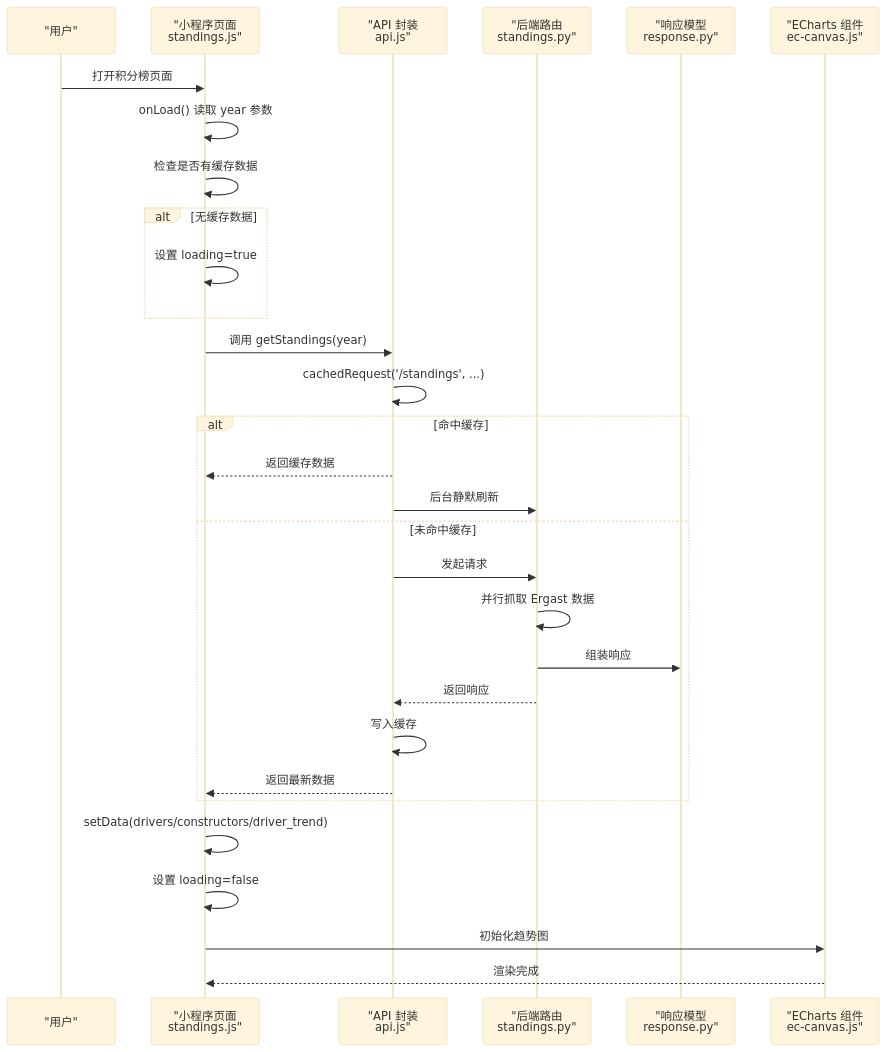
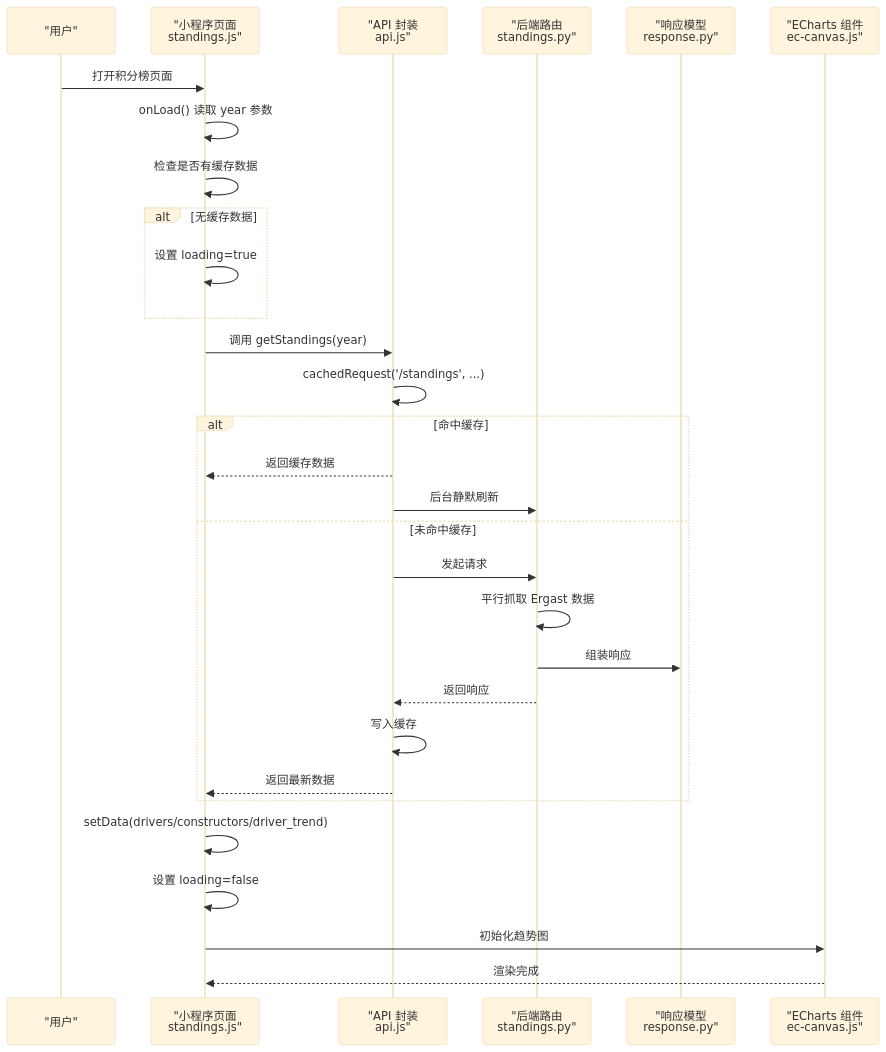
One commit to jianai0330/Fast-F1 changed the second of 10 diagrams in .qoder/repowiki/zh/content/微信小程序前端/核心页面功能/积分榜页面.md. Above: the diagram before and after it, drawn with Mermaid (base theme). The commit also changed other lines of this file and 22 other files, not shown here.

````diff
--- a/.qoder/repowiki/zh/content/微信小程序前端/核心页面功能/积分榜页面.md
+++ b/.qoder/repowiki/zh/content/微信小程序前端/核心页面功能/积分榜页面.md
@@ -117,32 +123,32 @@
 ```mermaid
 sequenceDiagram
 participant U as "用户"
 participant P as "小程序页面<br/>standings.js"
 participant A as "API 封装<br/>api.js"
 participant S as "后端路由<br/>standings.py"
 participant R as "响应模型<br/>response.py"
 participant E as "ECharts 组件<br/>ec-canvas.js"
 U->>P : 打开积分榜页面
 P->>P : onLoad() 读取 year 参数
 P->>P : 检查是否有缓存数据
 alt 无缓存数据
 P->>P : 设置 loading=true
 end
 P->>A : 调用 getStandings(year)
 A->>A : cachedRequest('/standings', ...)
 alt 命中缓存
 A-->>P : 返回缓存数据
 A->>S : 后台静默刷新
 else 未命中缓存
 A->>S : 发起请求
-S->>S : 并行抓取 Ergast 数据
+S->>S : 平行抓取 Ergast 数据
 S->>R : 组装响应
 S-->>A : 返回响应
 A->>A : 写入缓存
 A-->>P : 返回最新数据
 end
 P->>P : setData(drivers/constructors/driver_trend)
 P->>P : 设置 loading=false
 P->>E : 初始化趋势图
 E-->>P : 渲染完成
 ```
````
